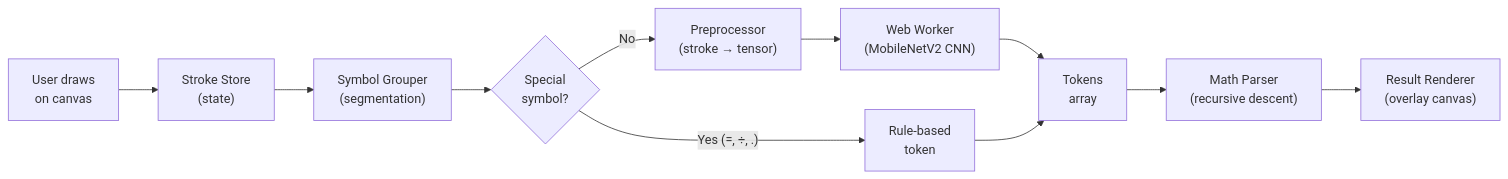
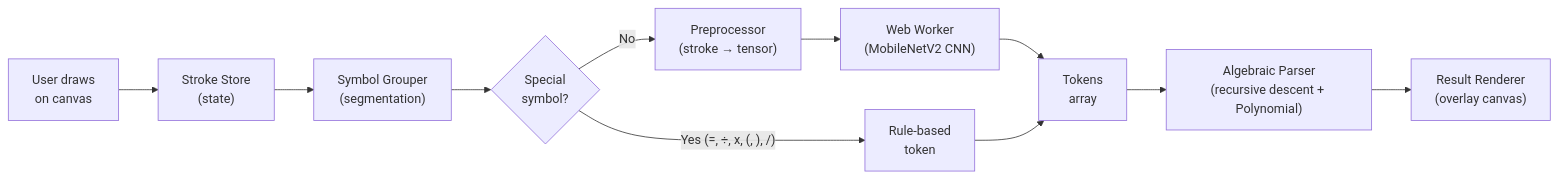
The first of 6 diagrams in docs/reference/calcink_architecture.md (Bootcamp-ps/CalcInk), drawn with Mermaid before and after one commit. The commit also changed other lines of this file, not shown here.

Commit message:
docs(architecture): update reference doc with all aditya branch changes

````diff
--- a/docs/reference/calcink_architecture.md
+++ b/docs/reference/calcink_architecture.md
@@ -49,13 +49,13 @@
 ```mermaid
 flowchart LR
     A["User draws<br/>on canvas"] --> B["Stroke Store<br/>(state)"]
     B --> C["Symbol Grouper<br/>(segmentation)"]
     C --> D{"Special<br/>symbol?"}
-    D -- "Yes (=, ÷, .)" --> E["Rule-based<br/>token"]
+    D -- "Yes (=, ÷, x, (, ), /)" --> E["Rule-based<br/>token"]
     D -- "No" --> F["Preprocessor<br/>(stroke → tensor)"]
     F --> G["Web Worker<br/>(MobileNetV2 CNN)"]
     G --> H["Tokens<br/>array"]
     E --> H
-    H --> I["Math Parser<br/>(recursive descent)"]
+    H --> I["Algebraic Parser<br/>(recursive descent + Polynomial)"]
     I --> J["Result Renderer<br/>(overlay canvas)"]
 ```
````
